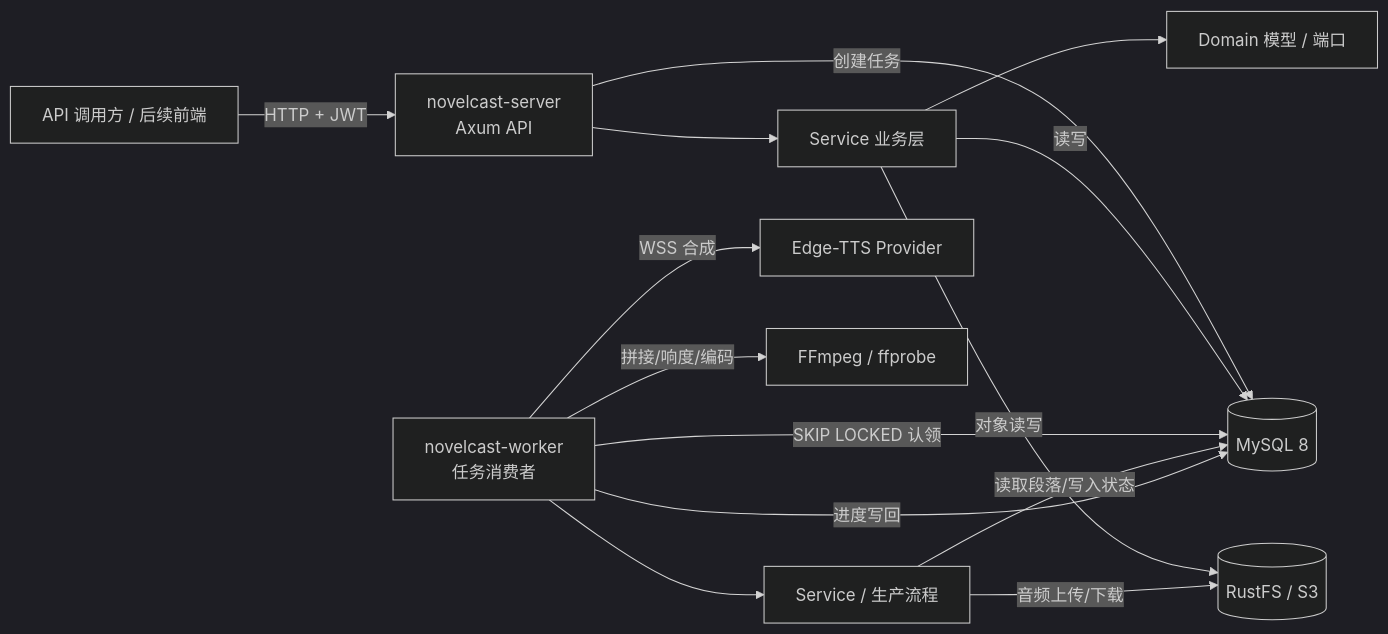
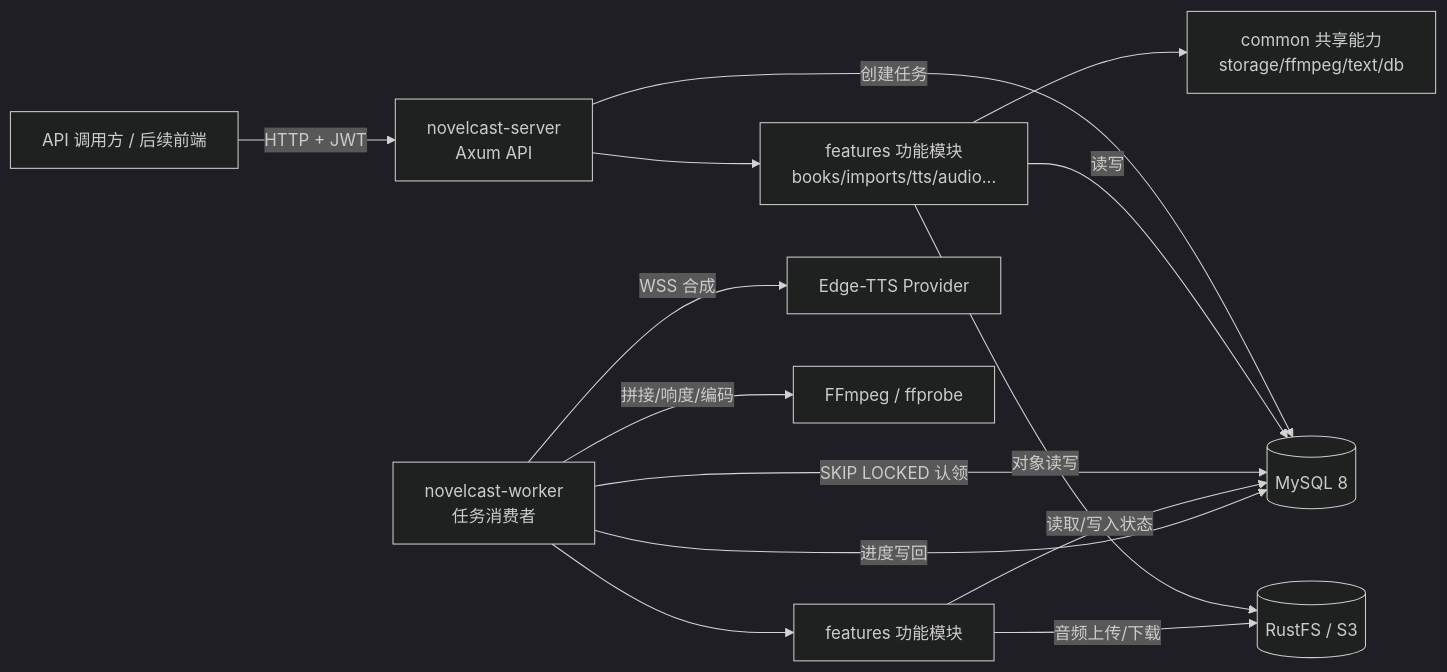
Before and after one commit to CherryKingOne/Studio: the first of 2 diagrams in docs/02-architecture.md, drawn with Mermaid (dark theme). The commit also changed other lines of this file and 26 other files, not shown here.

````diff
--- a/docs/02-architecture.md
+++ b/docs/02-architecture.md
@@ -8,16 +9,16 @@
 ```mermaid
 flowchart LR
     C[API 调用方 / 后续前端] -->|HTTP + JWT| API[novelcast-server<br/>Axum API]
-    API --> SVC[Service 业务层]
-    SVC --> DOM[Domain 模型 / 端口]
+    API --> F[features 功能模块<br/>books/imports/tts/audio...]
+    F --> COMMON[common 共享能力<br/>storage/ffmpeg/text/db]
     API -->|创建任务| DB[(MySQL 8)]
-    SVC -->|读写| DB
-    SVC -->|对象读写| OBJ[(RustFS / S3)]
+    F -->|读写| DB
+    F -->|对象读写| OBJ[(RustFS / S3)]
     W[novelcast-worker<br/>任务消费者] -->|SKIP LOCKED 认领| DB
-    W --> SVC2[Service / 生产流程]
-    SVC2 -->|读取段落/写入状态| DB
-    SVC2 -->|音频上传/下载| OBJ
+    W --> F2[features 功能模块]
+    F2 -->|读取/写入状态| DB
+    F2 -->|音频上传/下载| OBJ
     W -->|WSS 合成| TTS[Edge-TTS Provider]
     W -->|拼接/响度/编码| FF[FFmpeg / ffprobe]
     W -->|进度写回| DB
 ```
````
